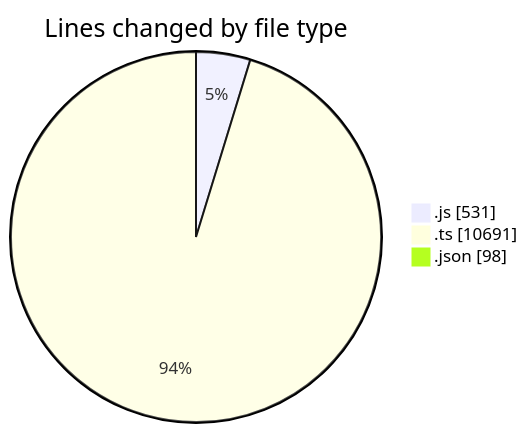
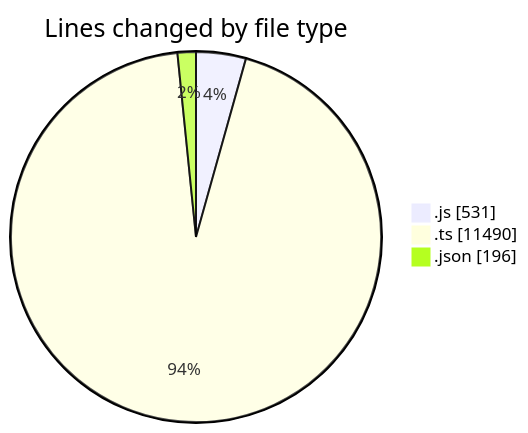
One commit to momahboobian/code-tracking changed the first of 2 diagrams in 2025-05-29/cda/README.md. Above: the diagram before and after it, drawn with Mermaid. The commit also changed other lines of this file and 1 other file, not shown here.

````diff
--- a/2025-05-29/cda/README.md
+++ b/2025-05-29/cda/README.md
@@ -24,7 +29,7 @@
 ```mermaid
 pie showData
 title Lines changed by file type
 ".js" : 531
-".ts" : 10691
-".json" : 98
+".ts" : 11490
+".json" : 196
 ```
````
